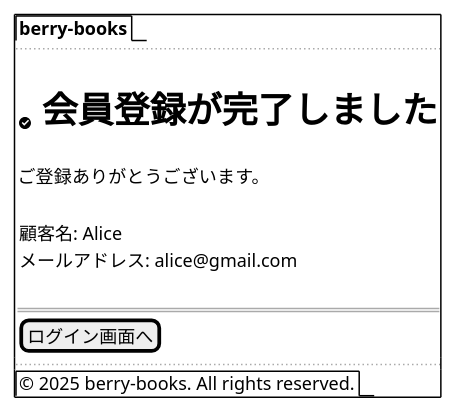
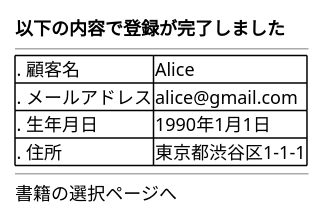
One commit to KenyaSaitoh/ai_dev_training_202512 changed the third of 3 diagrams in projects/java/berry-books-mvc-sdd/specs/baseline/features/F_004_customer_auth/screen_design.md. Above: the diagram before and after it, drawn with PlantUML. The commit also changed other lines of this file and 99 other files, not shown here.

````diff
--- a/projects/java/berry-books-mvc-sdd/specs/baseline/features/F_004_customer_auth/screen_design.md
+++ b/projects/java/berry-books-mvc-sdd/specs/baseline/features/F_004_customer_auth/screen_design.md
@@ -114,24 +106,16 @@
 ```plantuml
 @startsalt
-{+
-  {/ <b>berry-books</b> }
-  ..
-  {
-    .
-    <&circle-check><size:24> <b>会員登録が完了しました</b>
-    .
-    ご登録ありがとうございます。
-    .
-    {
-      顧客名: Alice
-      メールアドレス: alice@gmail.com
-    }
-    .
-    ==
-    [  ログイン画面へ  ]
+{
+  <b>以下の内容で登録が完了しました</b>
+  --
+  {#
+    . 顧客名         | Alice
+    . メールアドレス  | alice@gmail.com
+    . 生年月日       | 1990年1月1日
+    . 住所          | 東京都渋谷区1-1-1
   }
-  ..
-  {/ © 2025 berry-books. All rights reserved. }
+  --
+  書籍の選択ページへ
 }
 @endsalt
 ```
````
